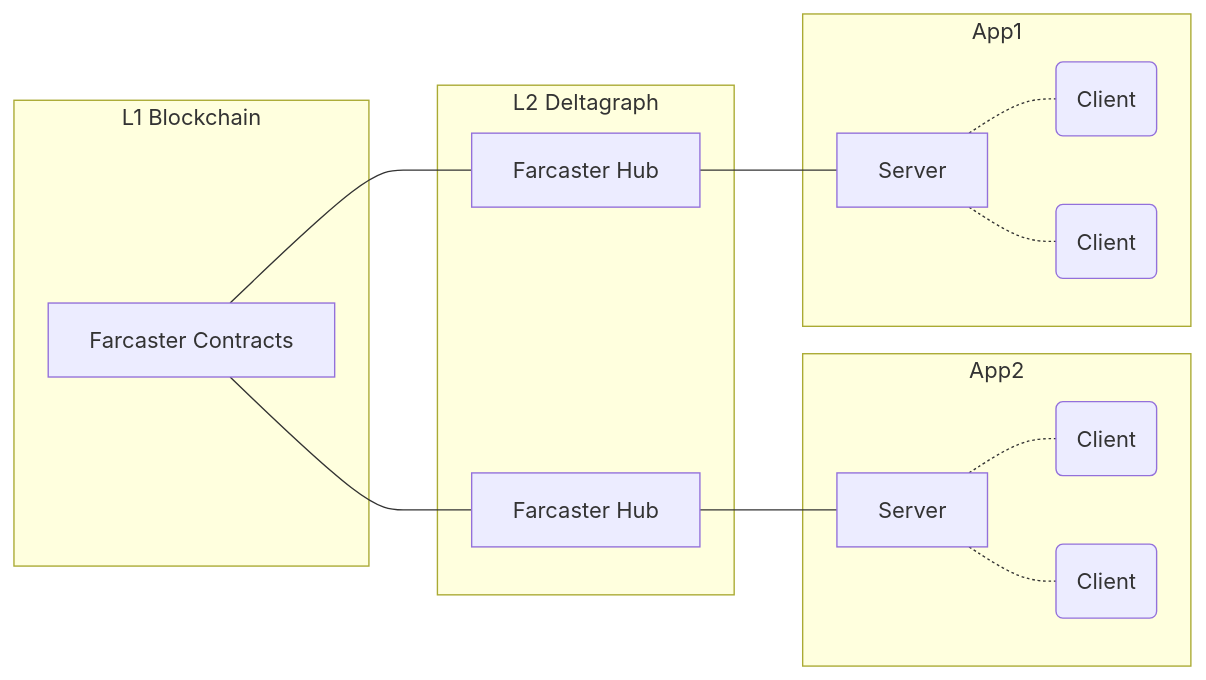
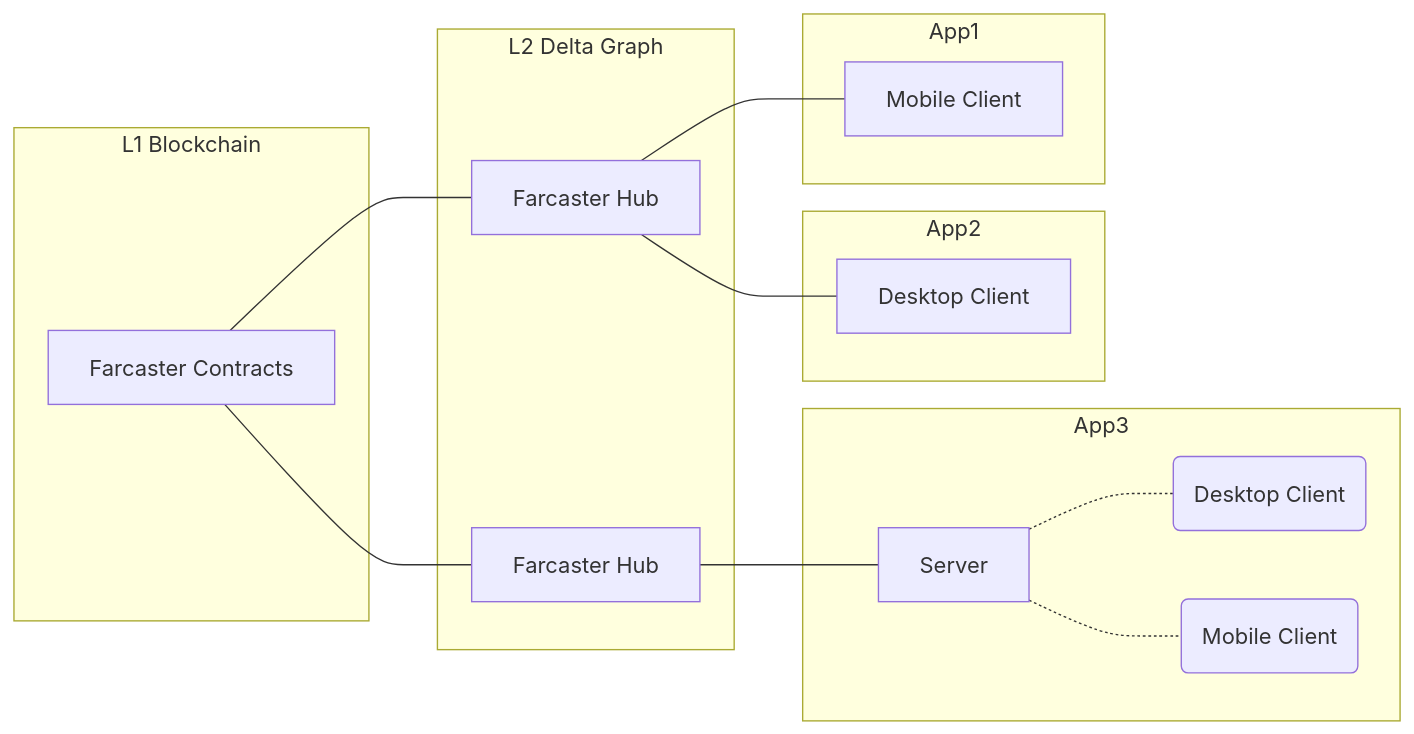
The first of 7 diagrams in README.md (farcasterxyz/protocol), drawn with Mermaid before and after one commit.

Commit message:
update diagram

````diff
--- a/README.md
+++ b/README.md
@@ -54,25 +54,28 @@
 ```mermaid
 graph LR
     subgraph L1 Blockchain
         id[Farcaster Contracts]
     end
 
-    subgraph L2 Deltagraph
+    subgraph L2 Delta Graph
         id---hub1[<center>Farcaster Hub</center>]
         id---hub2[<center>Farcaster Hub</center>]
     end
 
-    hub2---app1[<center>Server</center>]
-    hub1---app2[<center>Server</center>]
+    hub1---app1[<center>Server</center>]
+    hub2---app2[<center>Desktop Client</center>]
+    hub2---app3[<center>Mobile Client</center>]
+
+    subgraph App3
+      app1-.-client1(Desktop Client)
+      app1-.-client2(Mobile Client)
+    end
 
     subgraph App2
-        app1-.-cam1(Client)
-        app1-.-cam2(Client)
+        app2
     end
 
     subgraph App1
-        app2-.-pi2(Client)
-        app2-.-nvr(Client)
+      app3
     end
-
 ```
````
